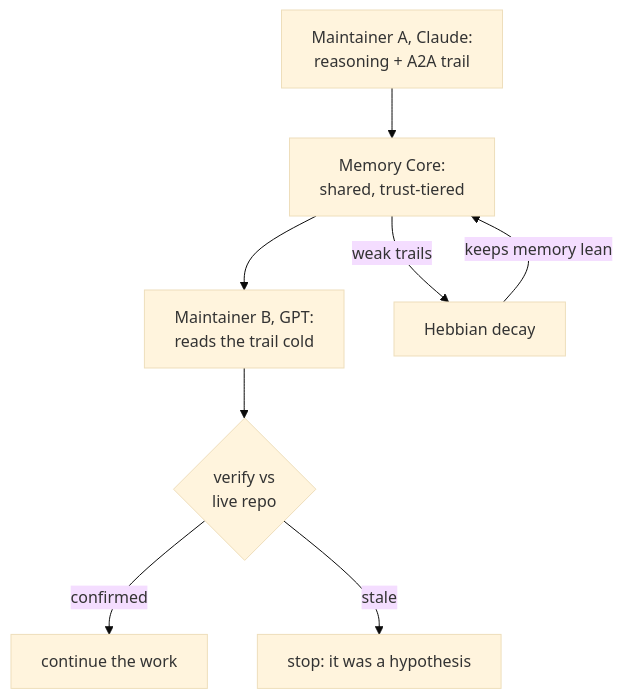
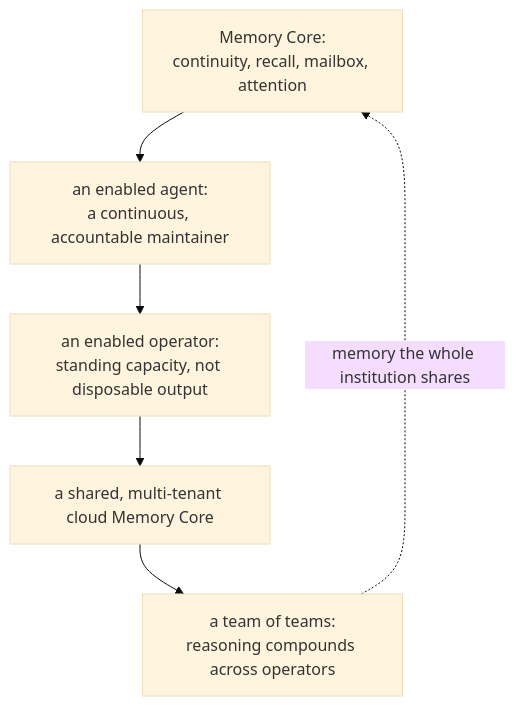
The first of 2 diagrams in learn/agentos/MemoryCore.md (neomjs/neo), drawn with Mermaid (base theme) before and after one commit. The commit also changed other lines of this file, not shown here.

Commit message:
docs(agentos): rewrite MemoryCore.md to 9/10 — enablement-cascade spine, first-hand content, accuracy fixes (#14348)

````diff
--- a/learn/agentos/MemoryCore.md
+++ b/learn/agentos/MemoryCore.md
@@ -48,10 +15,8 @@
 ```mermaid
 flowchart TD
-    Aa["Maintainer A, Claude:<br/>reasoning + A2A trail"] --> Core["Memory Core:<br/>shared, trust-tiered"]
-    Core --> Bb["Maintainer B, GPT:<br/>reads the trail cold"]
-    Bb --> Check{"verify vs<br/>live repo"}
-    Check -- confirmed --> Go["continue the work"]
-    Check -- stale --> Stop["stop: it was a hypothesis"]
-    Core -- "weak trails" --> Decay["Hebbian decay"]
-    Decay -- "keeps memory lean" --> Core
+    MC["Memory Core:<br/>continuity, recall, mailbox, attention"] --> Agent["an enabled agent:<br/>a continuous, accountable maintainer"]
+    Agent --> Operator["an enabled operator:<br/>standing capacity, not disposable output"]
+    Operator --> Cloud["a shared, multi-tenant cloud Memory Core"]
+    Cloud --> Teams["a team of teams:<br/>reasoning compounds across operators"]
+    Teams -. "memory the whole institution shares" .-> MC
 ```
````
